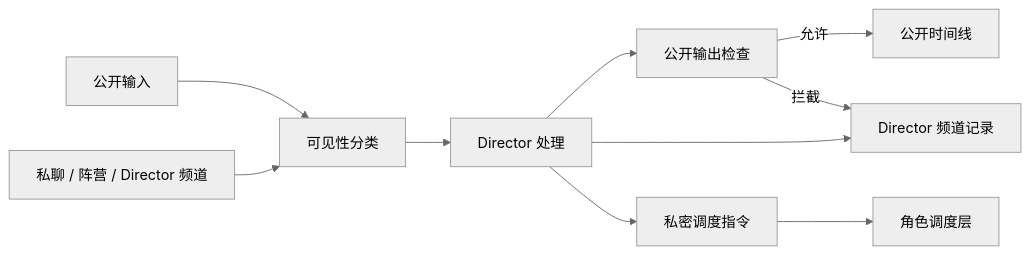
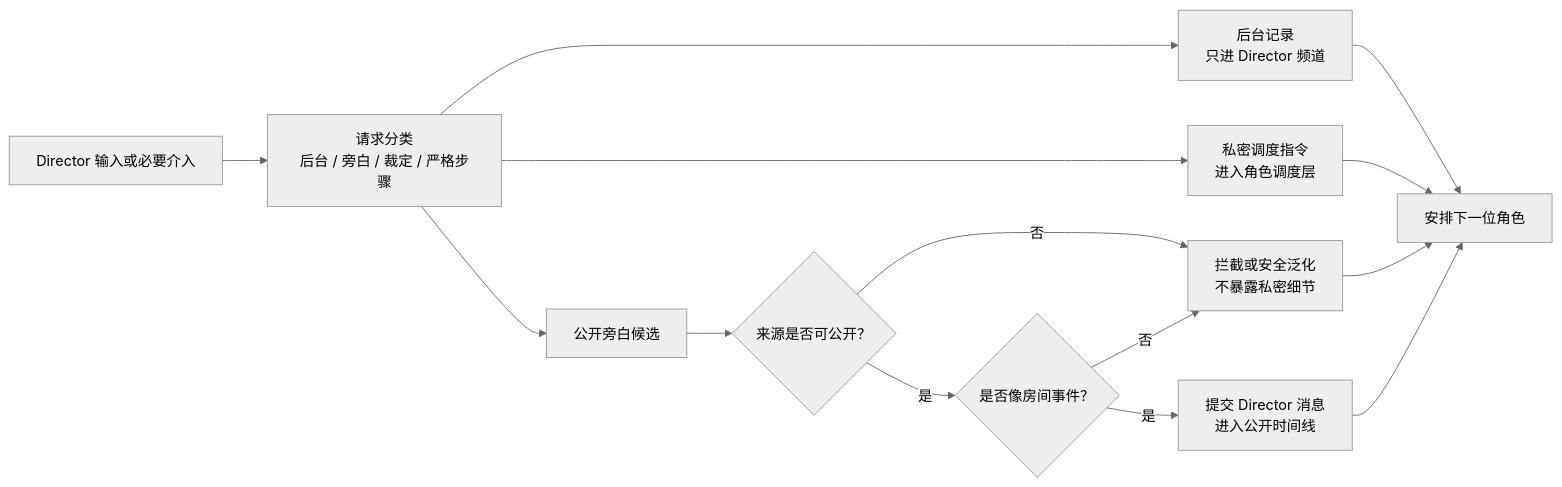
One commit to 98k4jd2qgt-ship-it/CastRoom-AI changed the fourth of 7 diagrams in docs/architecture-zh.md. Above: the diagram before and after it, drawn with Mermaid (neutral theme). The commit also changed other lines of this file and 1 other file, not shown here.

Commit message:
docs: refine architecture documentation

````diff
--- a/docs/architecture-zh.md
+++ b/docs/architecture-zh.md
@@ -53,12 +97,16 @@
 ```mermaid
 flowchart LR
-  publicInput["公开输入"] --> classify["可见性分类"]
-  privateInput["私聊 / 阵营 / Director 频道"] --> classify
-  classify --> director["Director 处理"]
-  director --> publicGate["公开输出检查"]
-  director --> backstage["Director 频道记录"]
-  director --> directive["私密调度指令"]
-  publicGate -->|允许| publicTimeline["公开时间线"]
-  publicGate -->|拦截| backstage
-  directive --> roleTurn["角色调度层"]
+  input["Director 输入或必要介入"] --> classify["请求分类<br/>后台 / 旁白 / 裁定 / 严格步骤"]
+  classify --> backstage["后台记录<br/>只进 Director 频道"]
+  classify --> directive["私密调度指令<br/>进入角色调度层"]
+  classify --> narration["公开旁白候选"]
+  narration --> sourceGate{"来源是否可公开？"}
+  sourceGate -->|否| blocked["拦截或安全泛化<br/>不暴露私密细节"]
+  sourceGate -->|是| styleGate{"是否像房间事件？"}
+  styleGate -->|否| blocked
+  styleGate -->|是| publicTimeline["提交 Director 消息<br/>进入公开时间线"]
+  publicTimeline --> next["安排下一位角色"]
+  blocked --> next
+  backstage --> next
+  directive --> next
 ```
````
